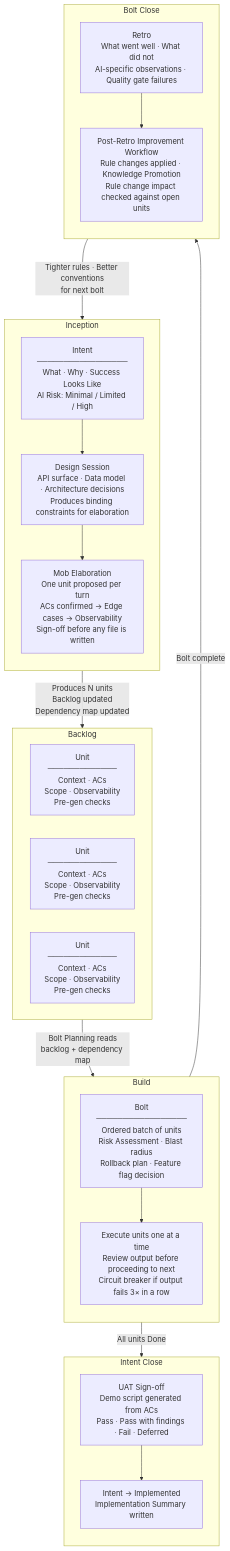
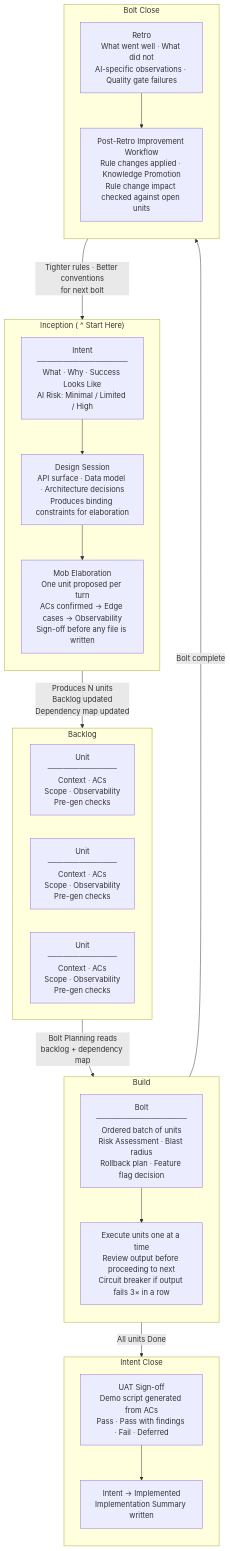
One commit to 99x-Projects/ai-dlc-base changed the second of 2 diagrams in README.md. Above: the diagram before and after it, drawn with Mermaid.

````diff
--- a/README.md
+++ b/README.md
@@ -179,43 +179,43 @@
 ```mermaid
 flowchart TD
-    subgraph INCEPTION ["Inception"]
+    subgraph INCEPTION ["Inception ( ^ Start Here)"]
         direction TB
         INTENT["Intent\n─────────────────\nWhat · Why · Success Looks Like\nAI Risk: Minimal / Limited / High"]
         INTENT --> DESIGN["Design Session\nAPI surface · Data model · Architecture decisions\nProduces binding constraints for elaboration"]
         DESIGN --> ELABORATION["Mob Elaboration\nOne unit proposed per turn\nACs confirmed → Edge cases → Observability\nSign-off before any file is written"]
     end
 
     ELABORATION -->|"Produces N units\nBacklog updated\nDependency map updated"| BACKLOG
 
     subgraph BACKLOG ["Backlog"]
         direction LR
         U1["Unit\n─────────────\nContext · ACs\nScope · Observability\nPre-gen checks"]
         U2["Unit\n─────────────\nContext · ACs\nScope · Observability\nPre-gen checks"]
         U3["Unit\n─────────────\nContext · ACs\nScope · Observability\nPre-gen checks"]
     end
 
     BACKLOG -->|"Bolt Planning reads\nbacklog + dependency map"| BUILD
 
     subgraph BUILD ["Build"]
         direction TB
         BOLT["Bolt\n─────────────────\nOrdered batch of units\nRisk Assessment · Blast radius\nRollback plan · Feature flag decision"]
         BOLT --> EXECUTE["Execute units one at a time\nReview output before proceeding to next\nCircuit breaker if output fails 3× in a row"]
     end
 
     EXECUTE -->|"All units Done"| CLOSE_INTENT
     EXECUTE -->|"Bolt complete"| CLOSE_BOLT
 
     subgraph CLOSE_INTENT ["Intent Close"]
         direction TB
         UAT["UAT Sign-off\nDemo script generated from ACs\nPass · Pass with findings · Fail · Deferred"]
         UAT --> IMPL["Intent → Implemented\nImplementation Summary written"]
     end
 
     subgraph CLOSE_BOLT ["Bolt Close"]
         direction TB
         RETRO["Retro\nWhat went well · What did not\nAI-specific observations · Quality gate failures"]
         RETRO --> IMPROVE["Post-Retro Improvement Workflow\nRule changes applied · Knowledge Promotion\nRule change impact checked against open units"]
     end
 
     IMPROVE --->|"Tighter rules · Better conventions\nfor next bolt"| INCEPTION
 ```
````
